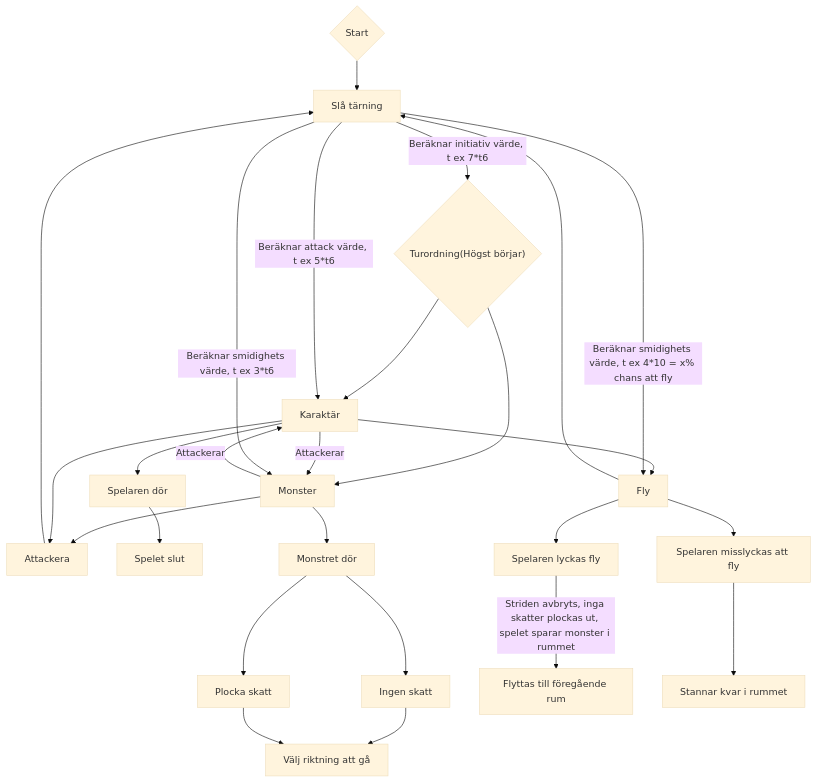
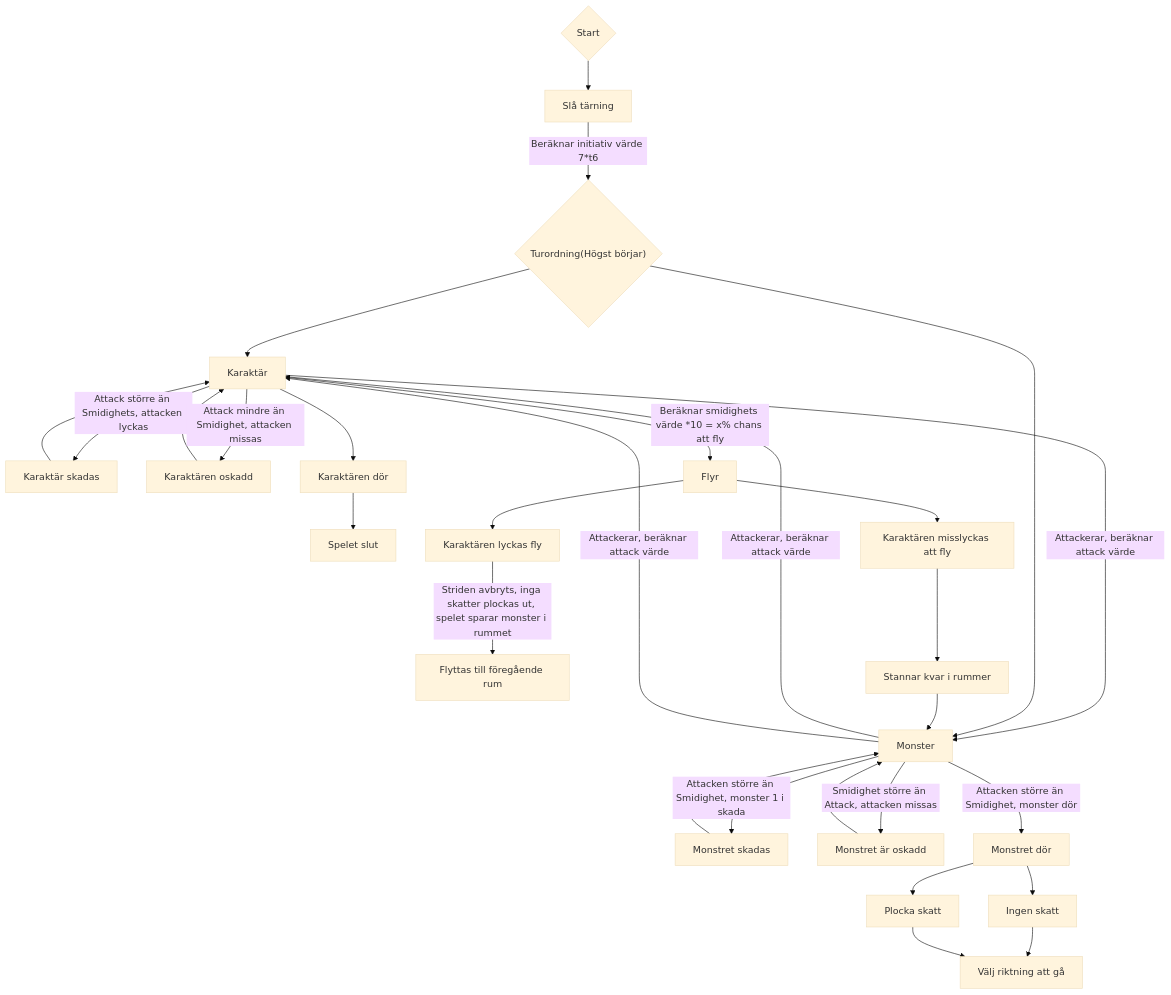
One commit to MarioKhalaf/Lag-2 changed the second of 2 diagrams in dungeon_run_sequence_diagram.md. Above: the diagram before and after it, drawn with Mermaid (base theme). The commit also changed other lines of this file, not shown here.

Commit message:
New changes diagram

````diff
--- a/dungeon_run_sequence_diagram.md
+++ b/dungeon_run_sequence_diagram.md
@@ -80,27 +80,29 @@
 ```mermaid
 graph TD
     Start{Start} --> Slå_tärning[Slå tärning]
-    Slå_tärning --> |"Beräknar initiativ värde, t ex 7*t6"| Turordning{"Turordning(Högst börjar)"}
+    Slå_tärning --> |"Beräknar initiativ värde 7*t6"| Turordning{"Turordning(Högst börjar)"}
     Turordning --> Karaktär
+    Karaktär -->|" Attackerar, beräknar attack värde"| Monster -->|"Attackerar, beräknar attack värde"| Karaktär
+    Karaktär --> |Attack större än Smidighets, attacken lyckas|Karaktär_skadad[Karaktär skadas]
+    Karaktär_skadad --> Karaktär
+    Karaktär --> |Attack mindre än Smidighet, attacken missas|Karaktär_oskadd[Karaktären oskadd]
+    Karaktär_oskadd --> Karaktär
+    Karaktär --> Game-over[Karaktären dör]
+    Game-over[Karaktären dör] --> Spelet_slut[Spelet slut]
     Turordning --> Monster
-    Monster --> Attackera
-    Karaktär --> Attackera
-    Karaktär --> Fly
-    Attackera --> Slå_tärning
-    Slå_tärning --> |"Beräknar attack värde, t ex 5*t6"| Karaktär -->|Attackerar| Monster
-    Slå_tärning --> |"Beräknar smidighets värde, t ex 3*t6"|Monster -->|Attackerar| Karaktär
-    Karaktär --> Game-over[Spelaren dör]
-    Game-over[Spelaren dör] --> Spelet_slut[Spelet slut]
-    Monster --> Monstret_dör[Monstret dör]
+    Monster --> |Attacken större än Smidighet, monster 1 i skada| Monstret_skadad[Monstret skadas]
+    Monstret_skadad --> Monster
+    Monster --> |Smidighet större än Attack, attacken missas| Monstret_oskadd[Monstret är oskadd]
+    Monstret_oskadd --> Monster
+    Monster --> |Attacken större än Smidighet, monster dör| Monstret_dör[Monstret dör]
     Monstret_dör[Monstret dör] --> Plocka_skatt[Plocka skatt]
-    Monstret_dör[Monstret dör] --> 
-    Ingen_skatt[Ingen skatt] --> Välj_riktning[Välj riktning att gå]
+    Monstret_dör[Monstret dör] --> Ingen_skatt[Ingen skatt] --> Välj_riktning[Välj riktning att gå]
     Plocka_skatt[Plocka skatt] --> Välj_riktning[Välj riktning att gå]
-    Fly --> Slå_tärning
-    Slå_tärning --> |"Beräknar smidighets värde, t ex 4*10 = x% chans att fly"| Fly
-    Fly --> Spelaren_lyckas[Spelaren lyckas fly]
-    Spelaren_lyckas[Spelaren lyckas fly] -->|Striden avbryts, inga skatter plockas ut, spelet sparar monster i rummet| Flyttas_till_föregående_rum[Flyttas till föregående rum]
-    Fly --> Spelaren_misslyckas[Spelaren misslyckas att fly]
-    Spelaren_misslyckas[Spelaren misslyckas att fly] --> Stannar_kvar[Stannar kvar i rummet]
+    Karaktär --> |"Beräknar smidighets värde *10 = x% chans att fly"| Flyr
+    Flyr --> Karaktären_lyckas[Karaktären lyckas fly]
+    Karaktären_lyckas[Karaktären lyckas fly] -->|Striden avbryts, inga skatter plockas ut, spelet sparar monster i rummet| Flyttas_till_föregående_rum[Flyttas till föregående rum]
+    Flyr --> Karaktären_misslyckas[Karaktären misslyckas att fly]
+    Karaktären_misslyckas[Karaktären misslyckas att fly] --> Stannar_kvar[Stannar kvar i rummet]
+    Stannar_kvar[Stannar kvar i rummer] --> Monster -->|"Attackerar, beräknar attack värde"| Karaktär
 
 ```
````
